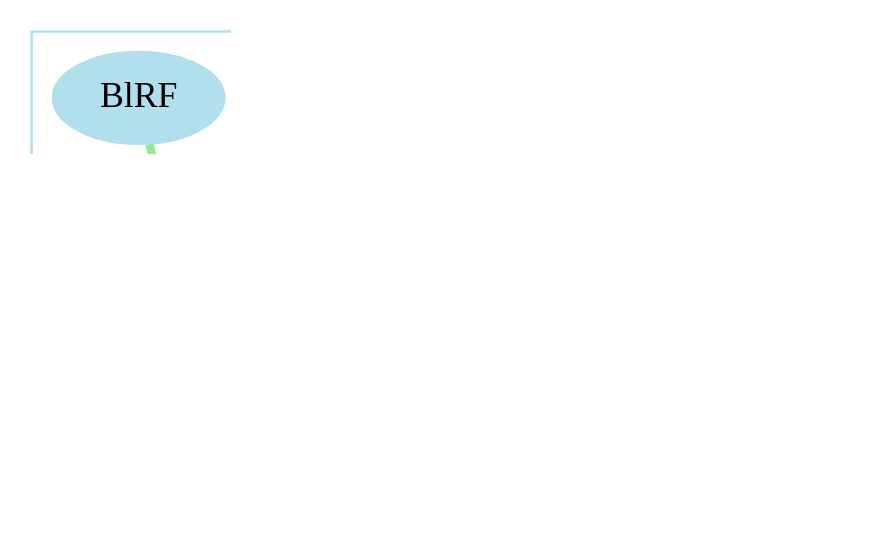
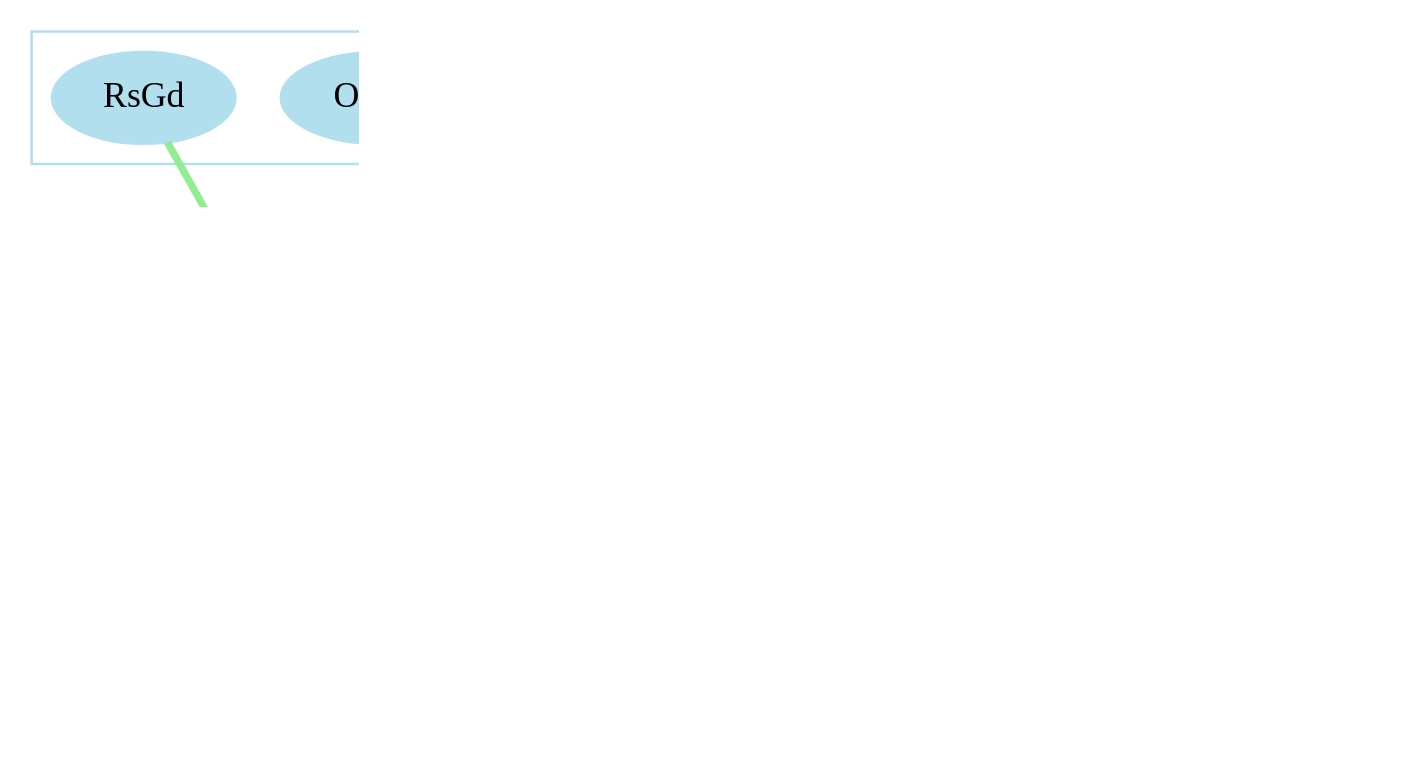
The diagram in reflex.tmp.gv (rlsn/genetic-CA), drawn with Graphviz before and after one commit. The commit also changed 9 other files, not shown here.

```diff
--- a/reflex.tmp.gv
+++ b/reflex.tmp.gv
@@ -1,22 +1,36 @@
 digraph "reflex.tmp" {
 	graph [dpi=300 size="1000,768"]
 	subgraph cluster_0 {
 		node [color=lightblue2 style=filled]
 		color=lightblue2
-		BlRF
-		RsLF
-		AgPx
-		Osc1s
+		RsGd
+		Rnd
+		Hp
+		NNgh
+		Osc1c
 	}
 	subgraph cluster_1 {
 		node [color=lightgoldenrod1 style=filled]
 		color=lightgoldenrod1
+		MvFw
 		RtRF
+		Repr
 		Gath
-		MvRn
+		MvBw
 	}
-	RsLF -> RtRF [label=2.42 color=lightgreen penwidth=2.417236328125]
-	Osc1s -> Gath [label=2.78 color=lightgreen penwidth=2.77587890625]
-	BlRF -> i2 [label=3.24 color=lightgreen penwidth=3.2393798828125]
-	i2 -> MvRn [label=2.59 color=lightgreen penwidth=2.5860595703125]
+	RsGd -> i0 [label=2.85 color=lightgreen penwidth=2.8502197265625]
+	Rnd -> i2 [label=-2.47 color=lightpink penwidth=2.473876953125]
+	Hp -> i2 [label=0.49 color=lightgreen penwidth=0.8]
+	NNgh -> i1 [label=1.39 color=lightgreen penwidth=1.3896484375]
+	Hp -> i2 [label=-1.74 color=lightpink penwidth=1.7384033203125]
+	Osc1c -> i0 [label=0.83 color=lightgreen penwidth=0.8333740234375]
+	i2 -> i0 [label=2.77 color=lightgreen penwidth=2.7728271484375]
+	i2 -> MvFw [label=1.52 color=lightgreen penwidth=1.5206298828125]
+	i2 -> RtRF [label=-2.61 color=lightpink penwidth=2.6051025390625]
+	i2 -> Repr [label=-3.81 color=lightpink penwidth=3.8114013671875]
+	i0 -> Repr [label=-3.63 color=lightpink penwidth=3.6270751953125]
+	i1 -> MvFw [label=3.5 color=lightgreen penwidth=3.503173828125]
+	i1 -> Gath [label=0.13 color=lightgreen penwidth=0.8]
+	i2 -> MvBw [label=-2.49 color=lightpink penwidth=2.4915771484375]
+	i0 -> MvFw [label=-2.73 color=lightpink penwidth=2.7288818359375]
 }
```
